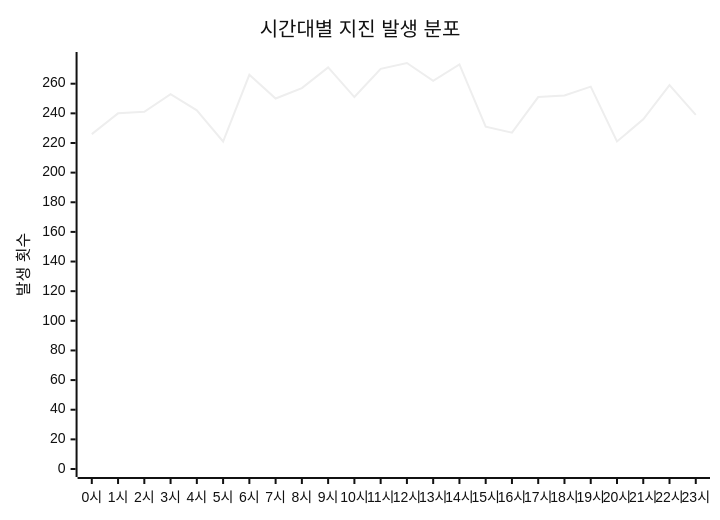
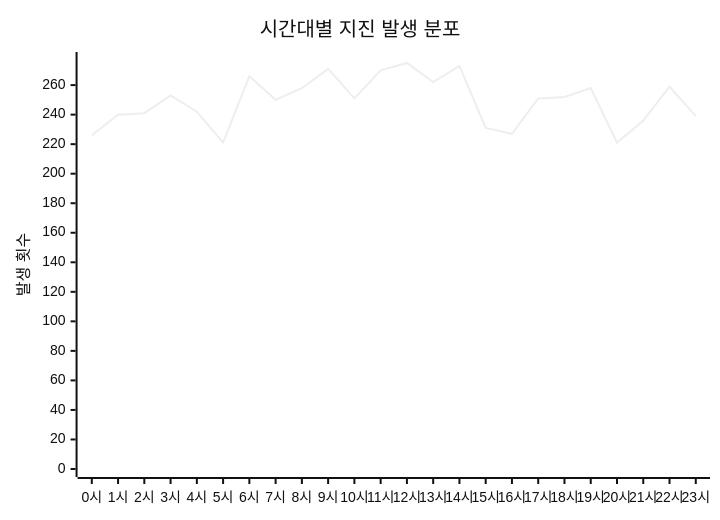
The diagram in charts/time-chart.md (serendip811/japan-eq), drawn with Mermaid (neutral theme) before and after one commit. The commit also changed other lines of this file and 6 other files, not shown here.

Commit message:
Update earthquake data and charts Fri Nov 27 17:12:18 UTC 2026

````diff
--- a/charts/time-chart.md
+++ b/charts/time-chart.md
@@ -3,7 +3,7 @@
 ```mermaid
 xychart-beta
     title "시간대별 지진 발생 분포"
     x-axis ["0시", "1시", "2시", "3시", "4시", "5시", "6시", "7시", "8시", "9시", "10시", "11시", "12시", "13시", "14시", "15시", "16시", "17시", "18시", "19시", "20시", "21시", "22시", "23시"]
-    y-axis "발생 횟수" 0 --> 276
-    line [226, 240, 241, 253, 242, 221, 266, 250, 257, 271, 251, 270, 274, 262, 273, 231, 227, 251, 252, 258, 221, 236, 259, 239]
+    y-axis "발생 횟수" 0 --> 277
+    line [226, 240, 241, 253, 242, 221, 266, 250, 258, 271, 251, 270, 275, 262, 273, 231, 227, 251, 252, 258, 221, 236, 259, 239]
 ```
````
